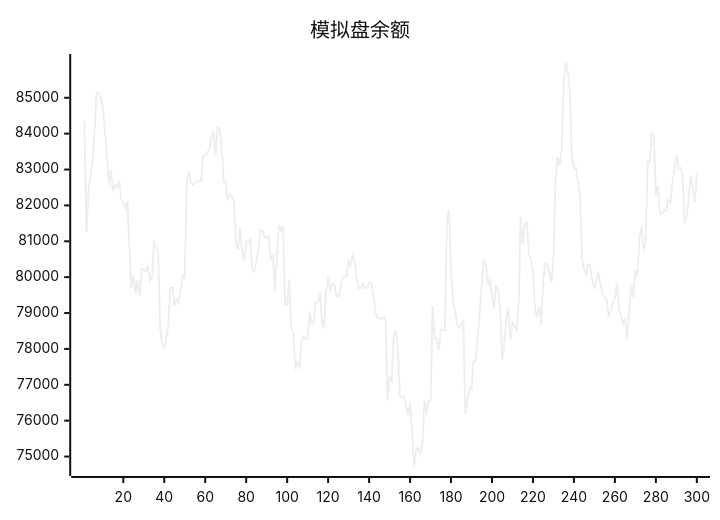
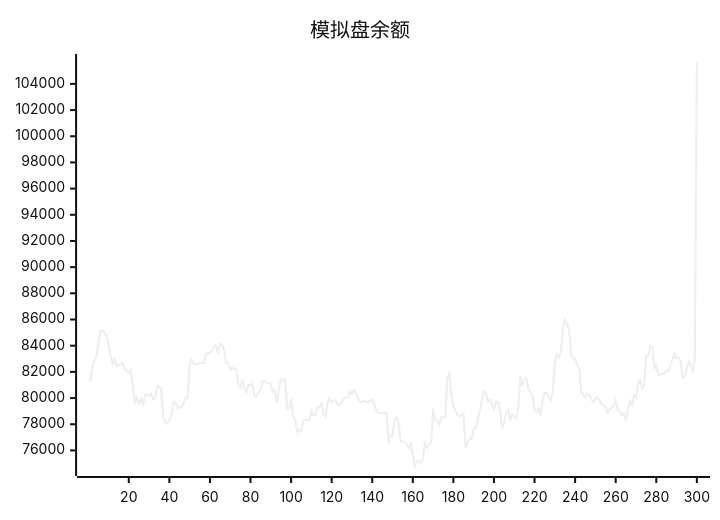
Before and after one commit to aahl/ai-trading: the diagram in README.md, drawn with Mermaid (neutral theme). The commit also changed other lines of this file and 1 other file, not shown here.

````diff
--- a/README.md
+++ b/README.md
@@ -5,5 +5,5 @@
 ```mermaid
 xychart
     title "模拟盘余额"
-    line [84347,81254,82385,82835,83184,84099,85150,85150,85002,84751,84096,83356,82582,82983,82404,82572,82512,82688,82200,82047,81920,82125,80840,79688,80060,79552,79920,79470,80236,80208,80170,80336,79894,80006,80954,80837,80712,78561,78139,78037,78293,78682,79720,79720,79214,79372,79279,79591,80046,79993,82625,82950,82626,82571,82633,82670,82670,82681,83386,83378,83464,83579,83920,84037,83402,84160,84142,83652,82655,82655,82145,82315,82243,82163,80934,80770,81371,80742,80468,80989,80989,81067,80191,80155,80450,80737,81309,81309,81106,81119,81119,80471,80631,79624,80670,81448,81290,81429,79212,79222,79940,78643,78380,77432,77623,77504,78235,78358,78284,78277,79048,78714,78714,79290,79308,79567,78763,78563,79603,79988,79652,79813,79813,79476,79469,79673,79995,80015,80015,80486,80314,80600,80436,79966,79689,79689,79819,79692,79692,79850,79850,79518,79071,78889,78850,78850,78878,78878,76554,77202,77103,78357,78510,78106,76678,76677,76672,76411,76159,76485,75656,74695,75197,75246,75052,75334,76564,76179,76553,76551,79196,78300,78300,77944,78531,78531,78521,81564,81884,80160,79335,79055,78675,78580,78708,78764,76179,76586,76902,76876,77658,77669,78346,79023,79769,80497,80366,79761,79896,79448,79126,79749,79658,79097,77695,78114,78888,79126,78249,78738,78653,78478,79271,81680,80923,81488,81527,80681,80455,80190,79084,78879,79193,78686,79954,80403,80374,80118,79848,80491,82665,83351,83098,83525,85430,85983,85737,85221,83378,83014,83043,82613,82216,80477,80208,80081,80348,80277,79894,79670,79965,80093,79786,79542,79406,79371,78893,79087,79304,79406,79841,79072,78978,78696,78846,78272,79085,79787,79442,80198,80031,81120,81379,80718,80985,83214,83212,83993,83921,82270,82547,81776,81776,81866,81866,82158,82061,82596,83000,83408,83041,83050,82858,81503,81691,82188,82812,82517,82092,82901]
+    line [81254,82385,82835,83184,84099,85150,85150,85002,84751,84096,83356,82582,82983,82404,82572,82512,82688,82200,82047,81920,82125,80840,79688,80060,79552,79920,79470,80236,80208,80170,80336,79894,80006,80954,80837,80712,78561,78139,78037,78293,78682,79720,79720,79214,79372,79279,79591,80046,79993,82625,82950,82626,82571,82633,82670,82670,82681,83386,83378,83464,83579,83920,84037,83402,84160,84142,83652,82655,82655,82145,82315,82243,82163,80934,80770,81371,80742,80468,80989,80989,81067,80191,80155,80450,80737,81309,81309,81106,81119,81119,80471,80631,79624,80670,81448,81290,81429,79212,79222,79940,78643,78380,77432,77623,77504,78235,78358,78284,78277,79048,78714,78714,79290,79308,79567,78763,78563,79603,79988,79652,79813,79813,79476,79469,79673,79995,80015,80015,80486,80314,80600,80436,79966,79689,79689,79819,79692,79692,79850,79850,79518,79071,78889,78850,78850,78878,78878,76554,77202,77103,78357,78510,78106,76678,76677,76672,76411,76159,76485,75656,74695,75197,75246,75052,75334,76564,76179,76553,76551,79196,78300,78300,77944,78531,78531,78521,81564,81884,80160,79335,79055,78675,78580,78708,78764,76179,76586,76902,76876,77658,77669,78346,79023,79769,80497,80366,79761,79896,79448,79126,79749,79658,79097,77695,78114,78888,79126,78249,78738,78653,78478,79271,81680,80923,81488,81527,80681,80455,80190,79084,78879,79193,78686,79954,80403,80374,80118,79848,80491,82665,83351,83098,83525,85430,85983,85737,85221,83378,83014,83043,82613,82216,80477,80208,80081,80348,80277,79894,79670,79965,80093,79786,79542,79406,79371,78893,79087,79304,79406,79841,79072,78978,78696,78846,78272,79085,79787,79442,80198,80031,81120,81379,80718,80985,83214,83212,83993,83921,82270,82547,81776,81776,81866,81866,82158,82061,82596,83000,83408,83041,83050,82858,81503,81691,82188,82812,82517,82092,82901,105633]
 ```
````
